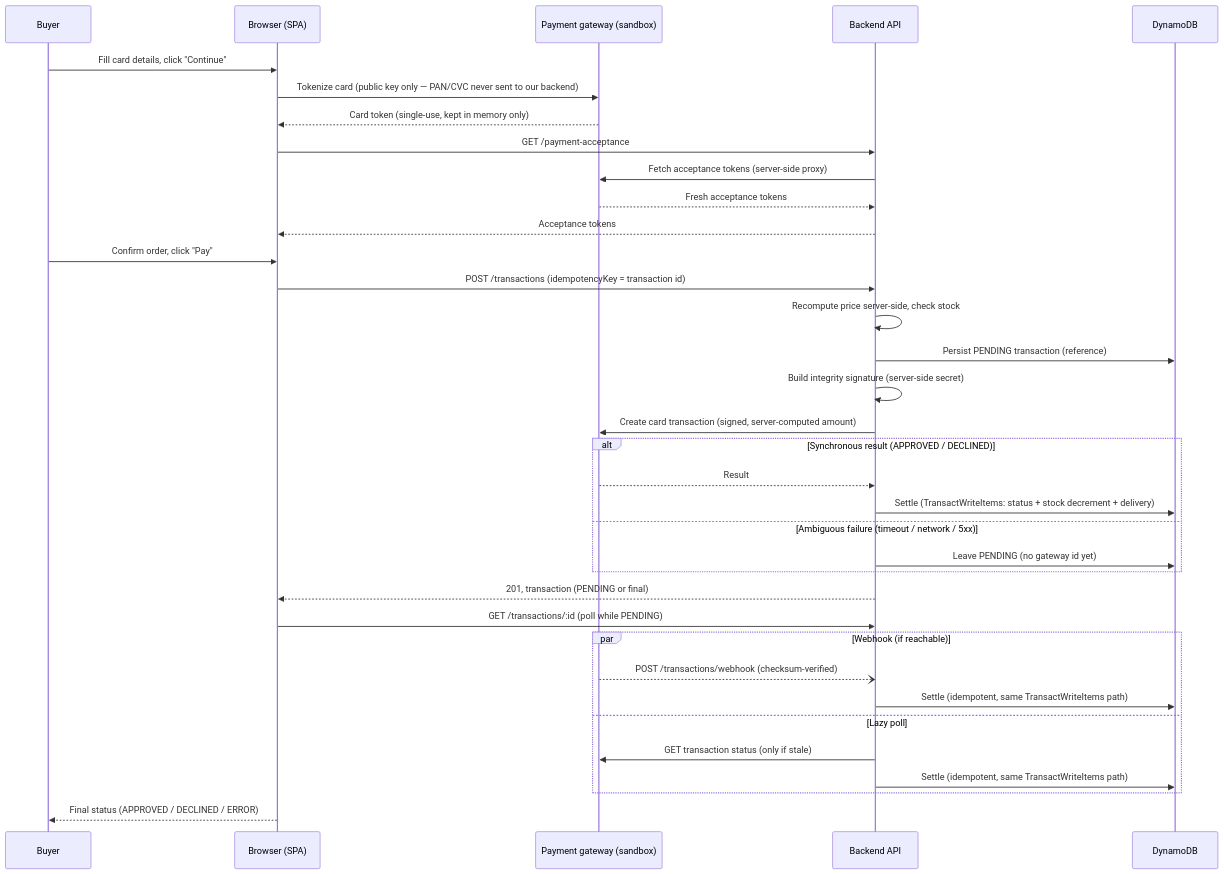
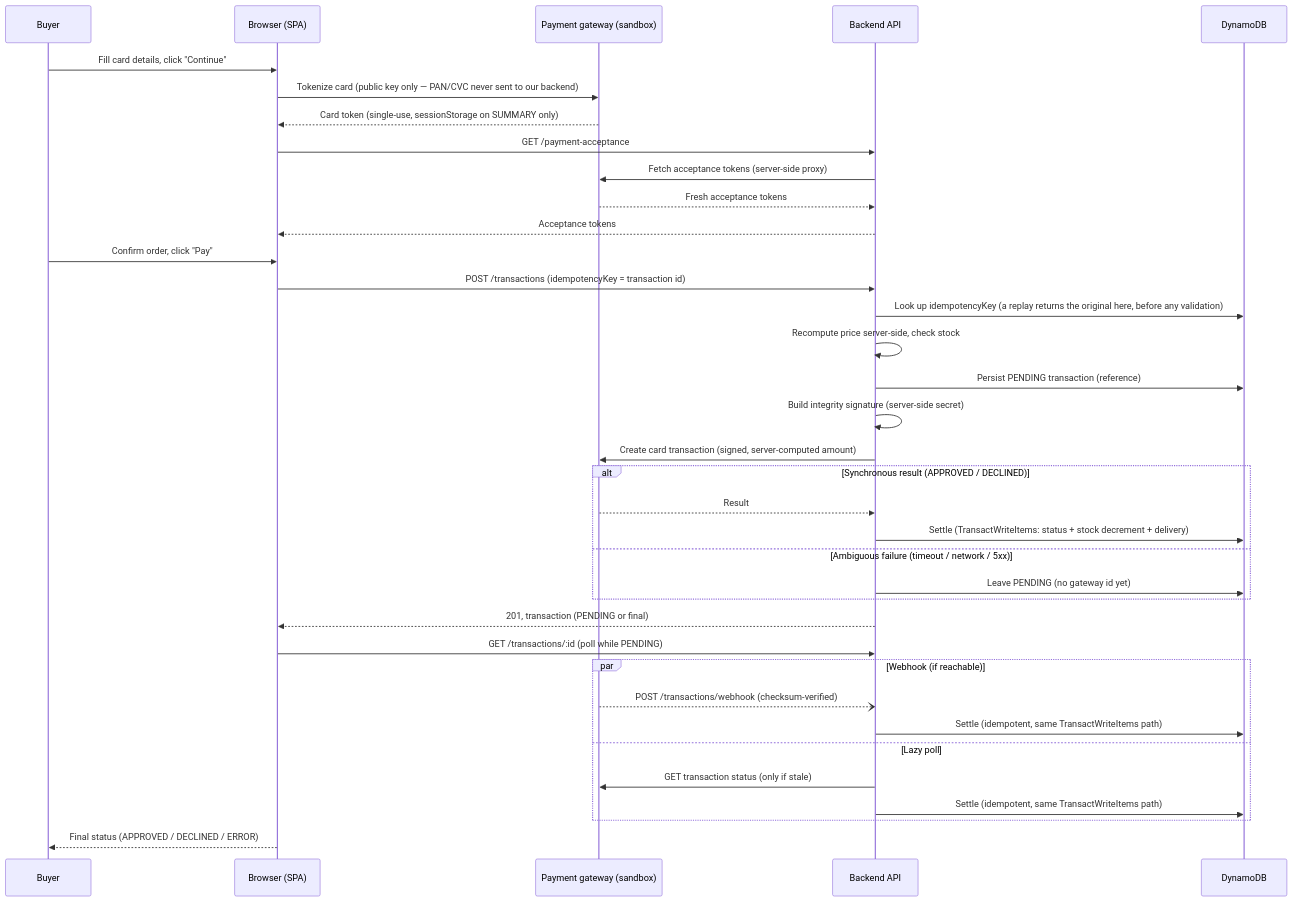
Before and after one commit to Wgutierrezl/product-checkout-app: the second of 3 diagrams in README.md, drawn with Mermaid. The commit also changed other lines of this file and 3 other files, not shown here.

````diff
--- a/README.md
+++ b/README.md
@@ -208,38 +208,39 @@
 ```mermaid
 sequenceDiagram
     participant U as Buyer
     participant SPA as Browser (SPA)
     participant GW as Payment gateway (sandbox)
     participant API as Backend API
     participant DB as DynamoDB
 
     U->>SPA: Fill card details, click "Continue"
     SPA->>GW: Tokenize card (public key only — PAN/CVC never sent to our backend)
-    GW-->>SPA: Card token (single-use, kept in memory only)
+    GW-->>SPA: Card token (single-use, sessionStorage on SUMMARY only)
     SPA->>API: GET /payment-acceptance
     API->>GW: Fetch acceptance tokens (server-side proxy)
     GW-->>API: Fresh acceptance tokens
     API-->>SPA: Acceptance tokens
     U->>SPA: Confirm order, click "Pay"
     SPA->>API: POST /transactions (idempotencyKey = transaction id)
+    API->>DB: Look up idempotencyKey (a replay returns the original here, before any validation)
     API->>API: Recompute price server-side, check stock
     API->>DB: Persist PENDING transaction (reference)
     API->>API: Build integrity signature (server-side secret)
     API->>GW: Create card transaction (signed, server-computed amount)
     alt Synchronous result (APPROVED / DECLINED)
         GW-->>API: Result
         API->>DB: Settle (TransactWriteItems: status + stock decrement + delivery)
     else Ambiguous failure (timeout / network / 5xx)
         API->>DB: Leave PENDING (no gateway id yet)
     end
     API-->>SPA: 201, transaction (PENDING or final)
     SPA->>API: GET /transactions/:id (poll while PENDING)
     par Webhook (if reachable)
         GW--)API: POST /transactions/webhook (checksum-verified)
         API->>DB: Settle (idempotent, same TransactWriteItems path)
     and Lazy poll
         API->>GW: GET transaction status (only if stale)
         API->>DB: Settle (idempotent, same TransactWriteItems path)
     end
     SPA-->>U: Final status (APPROVED / DECLINED / ERROR)
 ```
````
